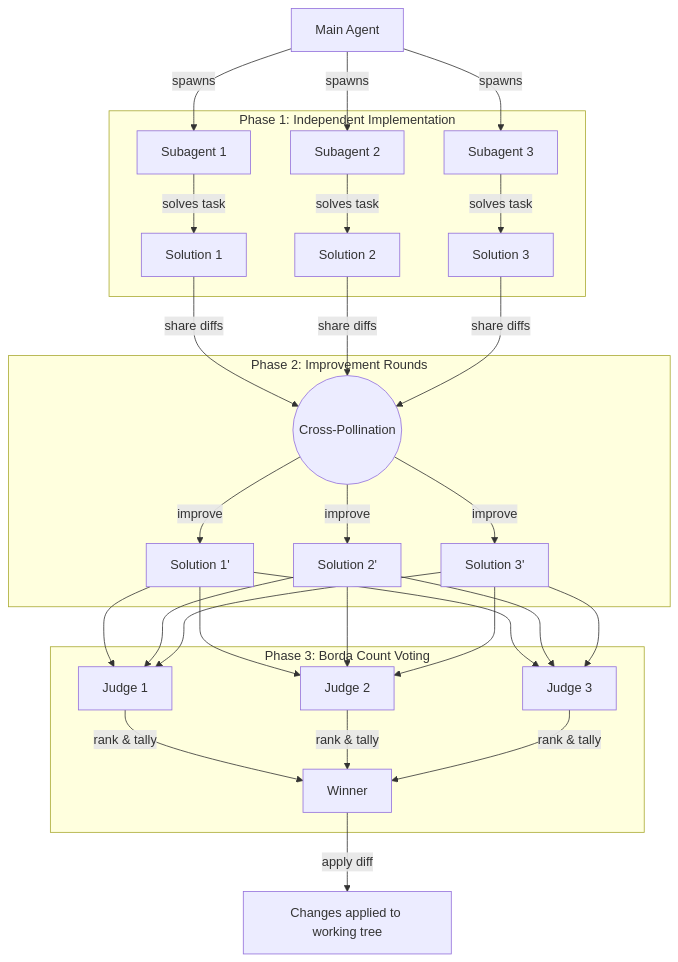
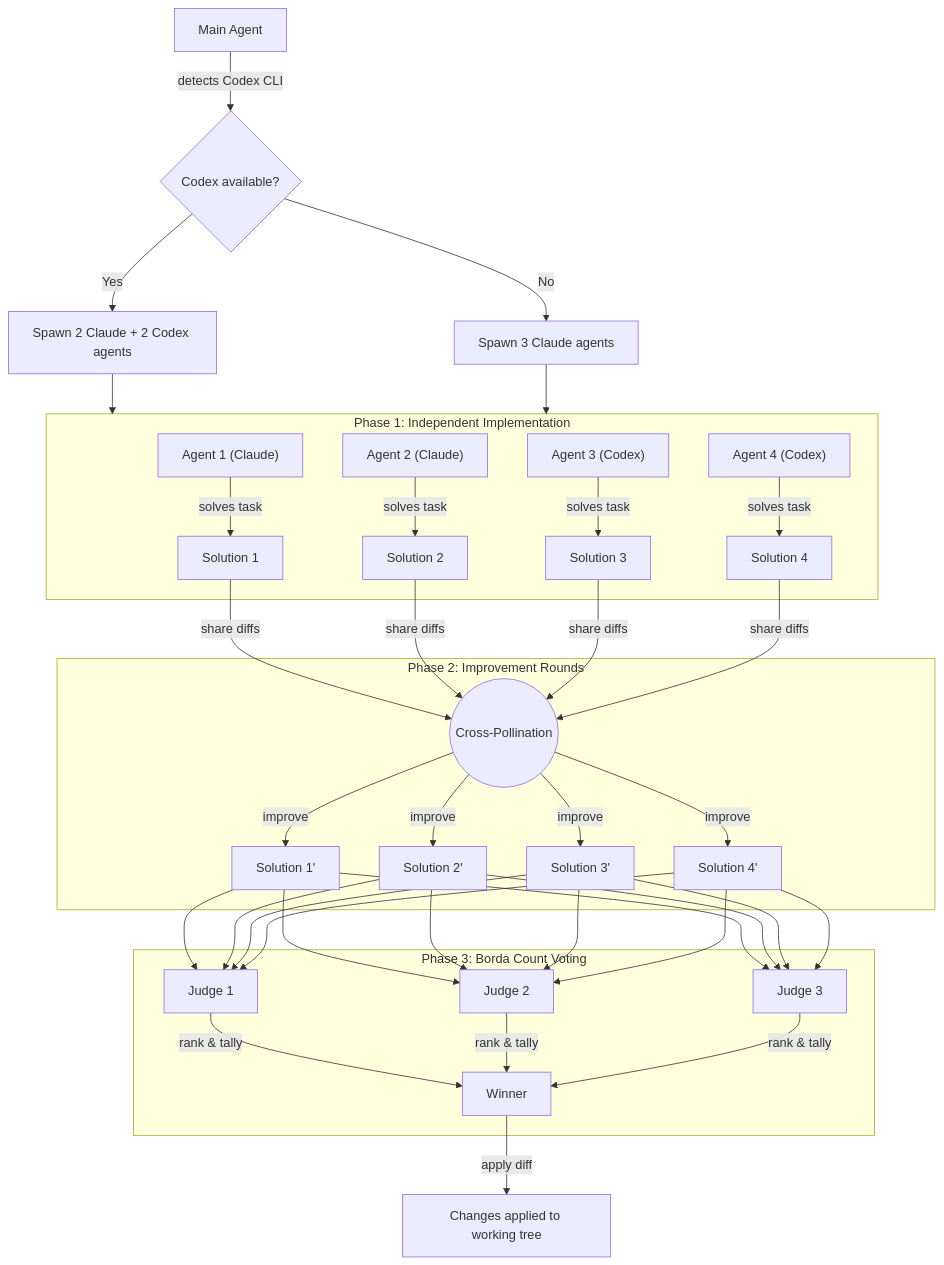
Before and after one commit to qiao/horse-race: the diagram in README.md, drawn with Mermaid. The commit also changed other lines of this file, not shown here.

````diff
--- a/README.md
+++ b/README.md
@@ -42,27 +42,34 @@
 ```mermaid
 flowchart TD
-    M[Main Agent] -->|spawns| A1 & A2 & A3
+    M[Main Agent] -->|detects Codex CLI| D{Codex available?}
+    D -->|Yes| SPAWN4[Spawn 2 Claude + 2 Codex agents]
+    D -->|No| SPAWN3[Spawn 3 Claude agents]
+    SPAWN4 --> P1
+    SPAWN3 --> P1
 
     subgraph P1["Phase 1: Independent Implementation"]
-        A1[Subagent 1] -->|solves task| S1[Solution 1]
-        A2[Subagent 2] -->|solves task| S2[Solution 2]
-        A3[Subagent 3] -->|solves task| S3[Solution 3]
+        A1["Agent 1 (Claude)"] -->|solves task| S1[Solution 1]
+        A2["Agent 2 (Claude)"] -->|solves task| S2[Solution 2]
+        A3["Agent 3 (Codex)"] -->|solves task| S3[Solution 3]
+        A4["Agent 4 (Codex)"] -->|solves task| S4[Solution 4]
     end
 
     subgraph P2["Phase 2: Improvement Rounds"]
-        S1 & S2 & S3 -->|share diffs| X((Cross-Pollination))
+        S1 & S2 & S3 & S4 -->|share diffs| X((Cross-Pollination))
         X -->|improve| S1a["Solution 1'"]
         X -->|improve| S2a["Solution 2'"]
         X -->|improve| S3a["Solution 3'"]
+        X -->|improve| S4a["Solution 4'"]
     end
 
     subgraph P3["Phase 3: Borda Count Voting"]
         J1[Judge 1] & J2[Judge 2] & J3[Judge 3] -->|rank & tally| W[Winner]
     end
 
     S1a --> J1 & J2 & J3
     S2a --> J1 & J2 & J3
     S3a --> J1 & J2 & J3
+    S4a --> J1 & J2 & J3
 
     W -->|apply diff| R[Changes applied to working tree]
 ```
````
